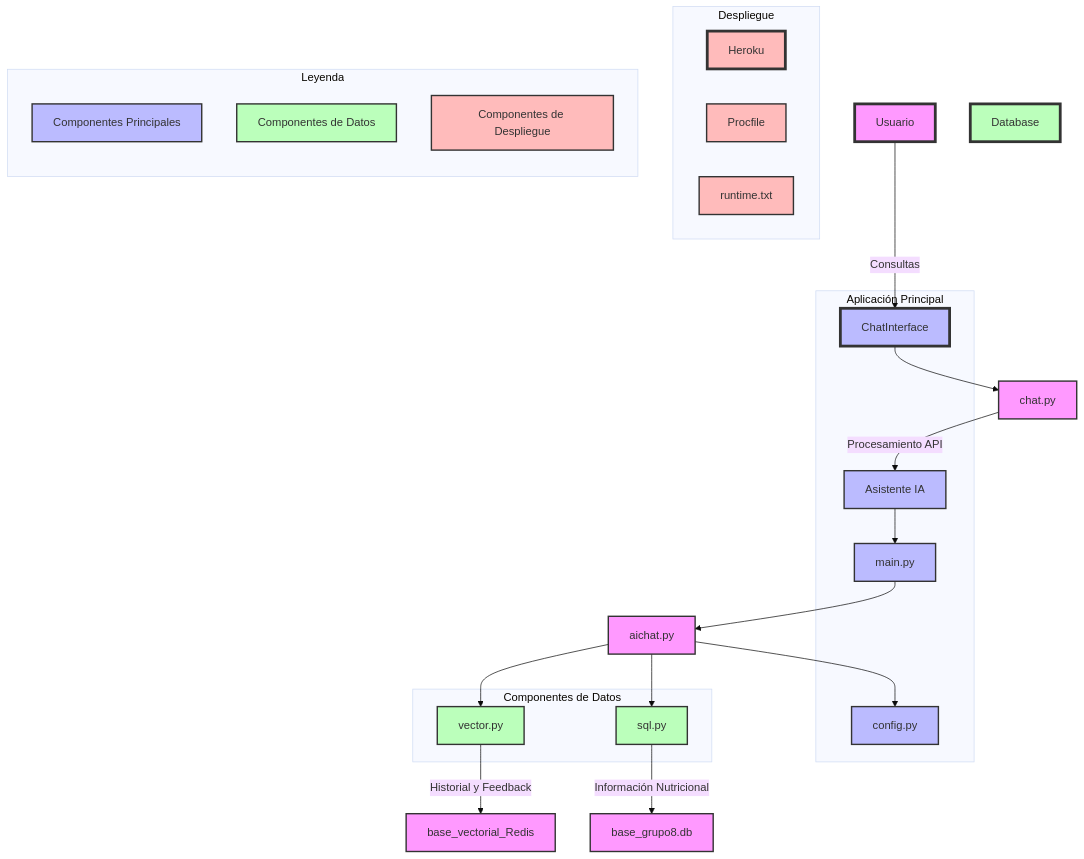
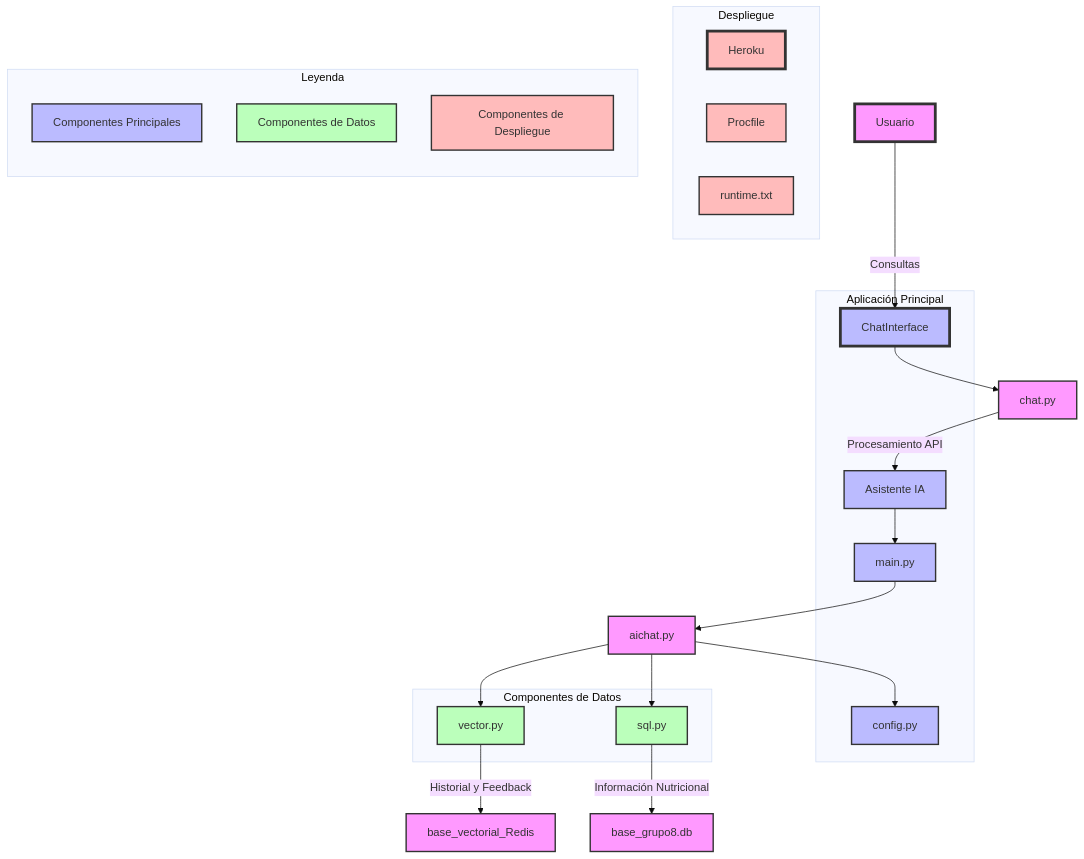
The diagram in architecture.md (leorojascas/Grupo8), drawn with Mermaid (base theme) before and after one commit.

````diff
--- a/architecture.md
+++ b/architecture.md
@@ -1,64 +1,64 @@
 ```mermaid
 graph TD
     %% Nodes
     User[Usuario] -->|Consultas| ChatInterface
     ChatInterface --> ChatLogic[chat.py]
     ChatLogic[chat.py] -->|Procesamiento API| AIAssistant[Asistente IA]
     AIAssistant[Asistente IA] --> EntryPoint[main.py]
     EntryPoint[main.py] --> AILogic[aichat.py]
     AILogic[aichat.py] --> AppConfig[config.py]
+    AILogic[aichat.py] --> VectorProcessor[vector.py]
+    AILogic[aichat.py] --> SQLModule[sql.py]
 
     %% Subgraphs
     subgraph Aplicación Principal
         ChatInterface
         AIAssistant
         EntryPoint[main.py]
         AppConfig[config.py]
     end
 
     subgraph Componentes de Datos
         SQLModule[sql.py]
         VectorProcessor[vector.py]
     end
 
     %% Database Details
-    SQLModule -->|Información Nutricional| Config[base_grupo8.db]
-    VectorProcessor -->|Historial y Feedback| Confíg[base_vectorial_Redis]
-    AILogic[aichat.py] --> VectorProcessor
-    AILogic[aichat.py] --> SQLModule
+    SQLModule[sql.py] -->|Información Nutricional| Config[base_grupo8.db]
+    VectorProcessor[vector.py] -->|Historial y Feedback| Confíg[base_vectorial_Redis]
+
 
     %% Deployment
     subgraph Despliegue
         Heroku[Heroku]
         Procfile[Procfile]
         Runtime[runtime.txt]
     end
 
     %% Styling
     classDef default fill:#f9f,stroke:#333,stroke-width:2px
     classDef primary fill:#bbf,stroke:#333,stroke-width:2px
     classDef data fill:#bfb,stroke:#333,stroke-width:2px
     classDef deployment fill:#fbb,stroke:#333,stroke-width:2px
 
     class User,ChatInterface,AIAssistant,EntryPoint,AppConfig primary
-    class Database,NutrientAnalysis,SQLModule,VectorProcessor data
+    class SQLModule,VectorProcessor data
     class Heroku,Procfile,Runtime deployment
 
     %% Legend
     subgraph Leyenda
         direction TB
         Primary[Componentes Principales]
         Data[Componentes de Datos]
         Deployment[Componentes de Despliegue]
     end
 
     class Primary primary
     class Data data
     class Deployment deployment
 
     %% Connections
     style User fill:#f9f,stroke:#333,stroke-width:4px
     style ChatInterface fill:#bbf,stroke:#333,stroke-width:4px
-    style Database fill:#bfb,stroke:#333,stroke-width:4px
     style Heroku fill:#fbb,stroke:#333,stroke-width:4px
 ```
````
